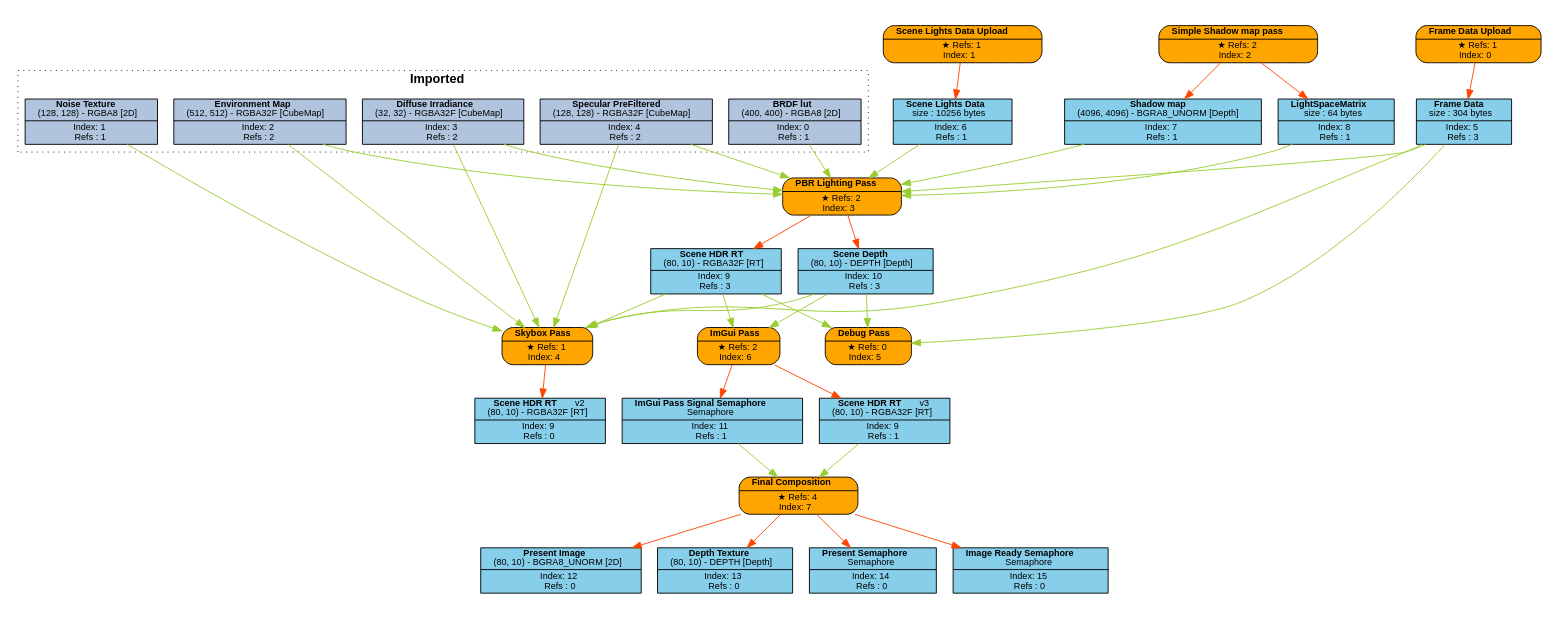
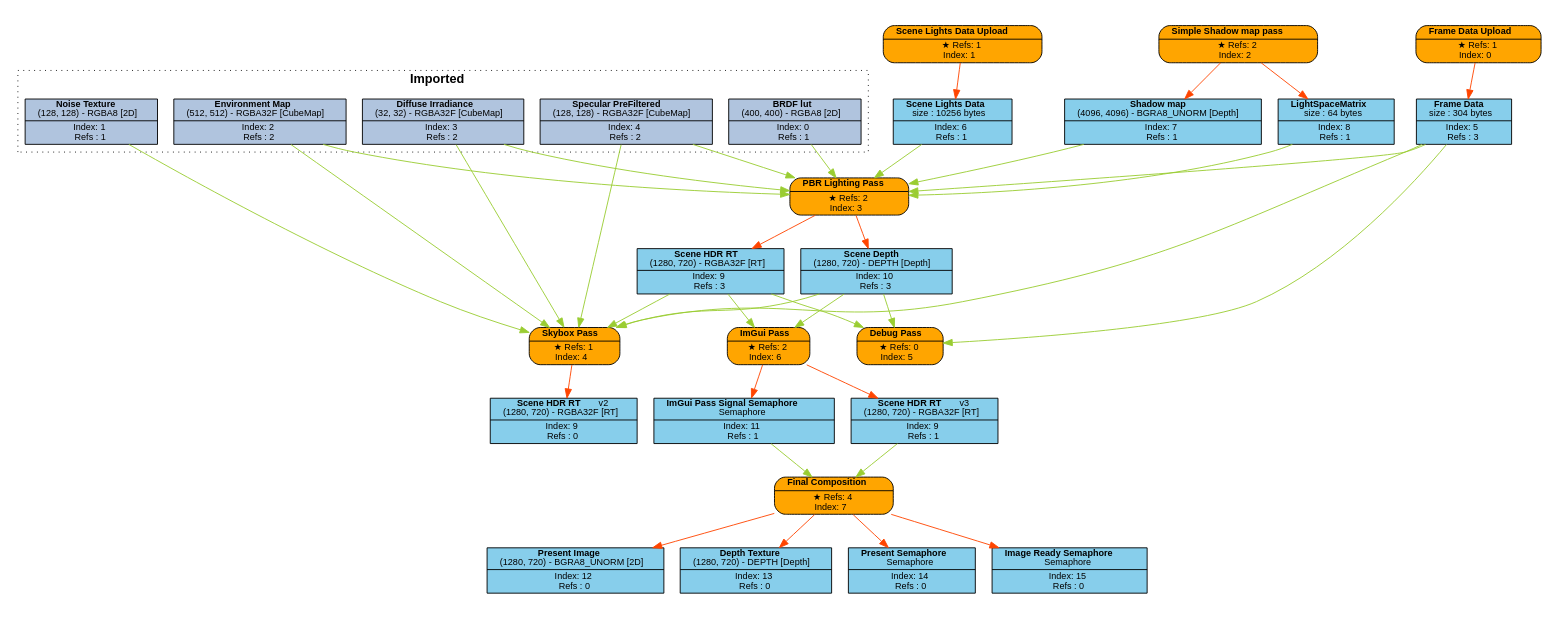
Before and after one commit to Pikachuxxxx/Razix: the diagram in Engine/content/FrameGraphs/pbr_lighting_test.dot, drawn with Graphviz. The commit also changed 210 other files, not shown here.

```diff
--- a/Engine/content/FrameGraphs/pbr_lighting_test.dot
+++ b/Engine/content/FrameGraphs/pbr_lighting_test.dot
@@ -1,91 +1,91 @@
 digraph FrameGraph {
 graph [style=invis, rankdir="TB" ordering=out, splines=spline]
 node [shape=record, fontname="helvetica", fontsize=10, margin="0.2,0.03"]
 
 P0 [label=<{ {<B>Frame Data Upload</B>} | {&#x2605; Refs: 1<BR/> Index: 0} }> style="rounded,filled", fillcolor=orange]
 P1 [label=<{ {<B>Scene Lights Data Upload</B>} | {&#x2605; Refs: 1<BR/> Index: 1} }> style="rounded,filled", fillcolor=orange]
 P2 [label=<{ {<B>Simple Shadow map pass</B>} | {&#x2605; Refs: 2<BR/> Index: 2} }> style="rounded,filled", fillcolor=orange]
 P3 [label=<{ {<B>PBR Lighting Pass</B>} | {&#x2605; Refs: 2<BR/> Index: 3} }> style="rounded,filled", fillcolor=orange]
 P4 [label=<{ {<B>Skybox Pass</B>} | {&#x2605; Refs: 1<BR/> Index: 4} }> style="rounded,filled", fillcolor=orange]
 P5 [label=<{ {<B>Debug Pass</B>} | {&#x2605; Refs: 0<BR/> Index: 5} }> style="rounded,filled", fillcolor=orange]
 P6 [label=<{ {<B>ImGui Pass</B>} | {&#x2605; Refs: 2<BR/> Index: 6} }> style="rounded,filled", fillcolor=orange]
 P7 [label=<{ {<B>Final Composition</B>} | {&#x2605; Refs: 4<BR/> Index: 7} }> style="rounded,filled", fillcolor=orange]
 
 R0_1 [label=<{ {<B>BRDF lut</B><BR/>(400, 400) - RGBA8 [2D]} | {Index: 0<BR/>Refs : 1} }> style=filled, fillcolor=lightsteelblue]
 R1_1 [label=<{ {<B>Noise Texture</B><BR/>(128, 128) - RGBA8 [2D]} | {Index: 1<BR/>Refs : 1} }> style=filled, fillcolor=lightsteelblue]
 R2_1 [label=<{ {<B>Environment Map</B><BR/>(512, 512) - RGBA32F [CubeMap]} | {Index: 2<BR/>Refs : 2} }> style=filled, fillcolor=lightsteelblue]
 R3_1 [label=<{ {<B>Diffuse Irradiance</B><BR/>(32, 32) - RGBA32F [CubeMap]} | {Index: 3<BR/>Refs : 2} }> style=filled, fillcolor=lightsteelblue]
 R4_1 [label=<{ {<B>Specular PreFiltered</B><BR/>(128, 128) - RGBA32F [CubeMap]} | {Index: 4<BR/>Refs : 2} }> style=filled, fillcolor=lightsteelblue]
 R5_1 [label=<{ {<B>Frame Data</B><BR/>size : 304 bytes} | {Index: 5<BR/>Refs : 3} }> style=filled, fillcolor=skyblue]
 R6_1 [label=<{ {<B>Scene Lights Data</B><BR/>size : 10256 bytes} | {Index: 6<BR/>Refs : 1} }> style=filled, fillcolor=skyblue]
 R7_1 [label=<{ {<B>Shadow map</B><BR/>(4096, 4096) - BGRA8_UNORM [Depth]} | {Index: 7<BR/>Refs : 1} }> style=filled, fillcolor=skyblue]
 R8_1 [label=<{ {<B>LightSpaceMatrix</B><BR/>size : 64 bytes} | {Index: 8<BR/>Refs : 1} }> style=filled, fillcolor=skyblue]
-R9_1 [label=<{ {<B>Scene HDR RT</B><BR/>(80, 10) - RGBA32F [RT]} | {Index: 9<BR/>Refs : 3} }> style=filled, fillcolor=skyblue]
-R10_1 [label=<{ {<B>Scene Depth</B><BR/>(80, 10) - DEPTH [Depth]} | {Index: 10<BR/>Refs : 3} }> style=filled, fillcolor=skyblue]
-R9_2 [label=<{ {<B>Scene HDR RT</B>   <FONT>v2</FONT><BR/>(80, 10) - RGBA32F [RT]} | {Index: 9<BR/>Refs : 0} }> style=filled, fillcolor=skyblue]
+R9_1 [label=<{ {<B>Scene HDR RT</B><BR/>(1280, 720) - RGBA32F [RT]} | {Index: 9<BR/>Refs : 3} }> style=filled, fillcolor=skyblue]
+R10_1 [label=<{ {<B>Scene Depth</B><BR/>(1280, 720) - DEPTH [Depth]} | {Index: 10<BR/>Refs : 3} }> style=filled, fillcolor=skyblue]
+R9_2 [label=<{ {<B>Scene HDR RT</B>   <FONT>v2</FONT><BR/>(1280, 720) - RGBA32F [RT]} | {Index: 9<BR/>Refs : 0} }> style=filled, fillcolor=skyblue]
 R11_1 [label=<{ {<B>ImGui Pass Signal Semaphore</B><BR/>Semaphore} | {Index: 11<BR/>Refs : 1} }> style=filled, fillcolor=skyblue]
-R9_3 [label=<{ {<B>Scene HDR RT</B>   <FONT>v3</FONT><BR/>(80, 10) - RGBA32F [RT]} | {Index: 9<BR/>Refs : 1} }> style=filled, fillcolor=skyblue]
-R12_1 [label=<{ {<B>Present Image</B><BR/>(80, 10) - BGRA8_UNORM [2D]} | {Index: 12<BR/>Refs : 0} }> style=filled, fillcolor=skyblue]
-R13_1 [label=<{ {<B>Depth Texture</B><BR/>(80, 10) - DEPTH [Depth]} | {Index: 13<BR/>Refs : 0} }> style=filled, fillcolor=skyblue]
+R9_3 [label=<{ {<B>Scene HDR RT</B>   <FONT>v3</FONT><BR/>(1280, 720) - RGBA32F [RT]} | {Index: 9<BR/>Refs : 1} }> style=filled, fillcolor=skyblue]
+R12_1 [label=<{ {<B>Present Image</B><BR/>(1280, 720) - BGRA8_UNORM [2D]} | {Index: 12<BR/>Refs : 0} }> style=filled, fillcolor=skyblue]
+R13_1 [label=<{ {<B>Depth Texture</B><BR/>(1280, 720) - DEPTH [Depth]} | {Index: 13<BR/>Refs : 0} }> style=filled, fillcolor=skyblue]
 R14_1 [label=<{ {<B>Present Semaphore</B><BR/>Semaphore} | {Index: 14<BR/>Refs : 0} }> style=filled, fillcolor=skyblue]
 R15_1 [label=<{ {<B>Image Ready Semaphore</B><BR/>Semaphore} | {Index: 15<BR/>Refs : 0} }> style=filled, fillcolor=skyblue]
 
 P0 -> { R5_1 } [color=orangered]
 P1 -> { R6_1 } [color=orangered]
 P2 -> { R7_1 R8_1 } [color=orangered]
 P3 -> { R9_1 R10_1 } [color=orangered]
 P4 -> { R9_2 } [color=orangered]
 P5 -> { } [color=orangered]
 P6 -> { R9_3 R11_1 } [color=orangered]
 P7 -> { R12_1 R13_1 R14_1 R15_1 } [color=orangered]
 
 R0_1 -> { P3 } [color=olivedrab3]
 R1_1 -> { P4 } [color=olivedrab3]
 R2_1 -> { P3 P4 } [color=olivedrab3]
 R3_1 -> { P3 P4 } [color=olivedrab3]
 R4_1 -> { P3 P4 } [color=olivedrab3]
 R5_1 -> { P3 P4 P5 } [color=olivedrab3]
 R6_1 -> { P3 } [color=olivedrab3]
 R7_1 -> { P3 } [color=olivedrab3]
 R8_1 -> { P3 } [color=olivedrab3]
 R9_1 -> { P4 P5 P6 } [color=olivedrab3]
 R10_1 -> { P4 P5 P6 } [color=olivedrab3]
 R9_2 -> { } [color=olivedrab3]
 R11_1 -> { P7 } [color=olivedrab3]
 R9_3 -> { P7 } [color=olivedrab3]
 R12_1 -> { } [color=olivedrab3]
 R13_1 -> { } [color=olivedrab3]
 R14_1 -> { } [color=olivedrab3]
 R15_1 -> { } [color=olivedrab3]
 
 subgraph cluster_0 {
 P0 R5_1 
 }
 subgraph cluster_1 {
 P1 R6_1 
 }
 subgraph cluster_2 {
 P2 R7_1 R8_1 
 }
 subgraph cluster_3 {
 P3 R9_1 R10_1 
 }
 subgraph cluster_4 {
 P4 
 }
 subgraph cluster_5 {
 P5 
 }
 subgraph cluster_6 {
 P6 R11_1 
 }
 subgraph cluster_7 {
 P7 R12_1 R13_1 R14_1 R15_1 
 }
 
 subgraph cluster_imported_resources {
 graph [style=dotted, fontname="helvetica", label=< <B>Imported</B> >]
 R0_1 R1_1 R2_1 R3_1 R4_1 
 }
 
 }
```
